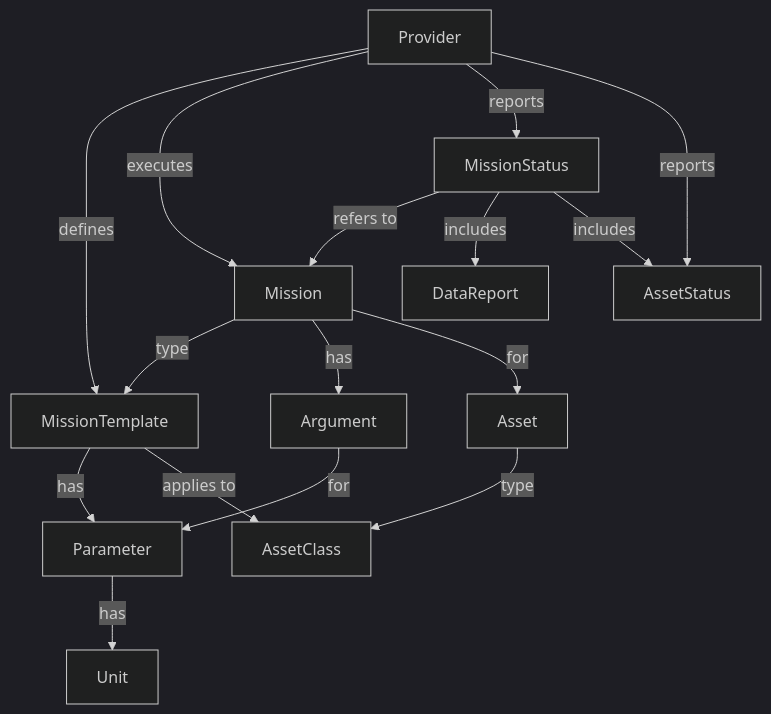
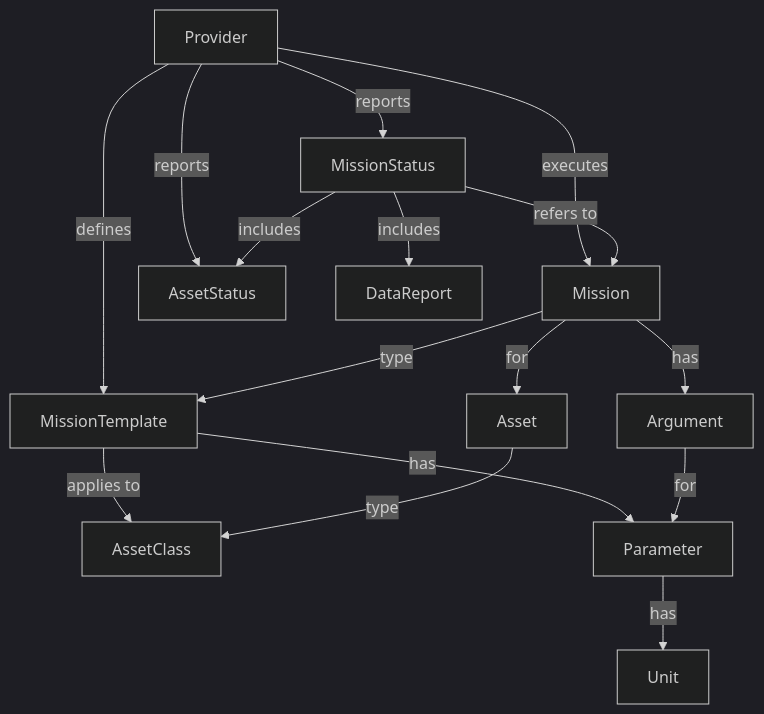
The diagram in mxm-doc/docs/model.md (mbari-org/mxm), drawn with Mermaid (dark theme) before and after one commit. The commit also changed other lines of this file, not shown here.

````diff
--- a/mxm-doc/docs/model.md
+++ b/mxm-doc/docs/model.md
@@ -5,18 +5,18 @@
 ```mermaid
 flowchart TB
   Provider        -->|defines| MissionTemplate;
   Provider        -->|executes| Mission;
   Provider        -->|reports| MissionStatus;
   Provider        -->|reports| AssetStatus;
+  MissionTemplate -->|applies to| AssetClass;
   MissionTemplate -->|has| Parameter;
-  MissionTemplate -->|applies to| AssetClass;
   Mission         -->|type| MissionTemplate;
   Mission         -->|has| Argument;
   Mission         -->|for| Asset;
   Parameter       -->|has| Unit;
   Argument        -->|for| Parameter;
   Asset           -->|type| AssetClass;
   MissionStatus   -->|refers to| Mission;
   MissionStatus   -->|includes| DataReport;
   MissionStatus   -->|includes| AssetStatus;
 ```
````
